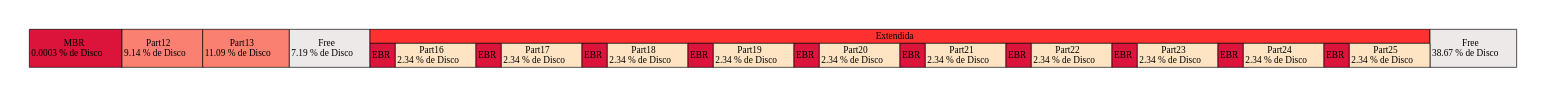
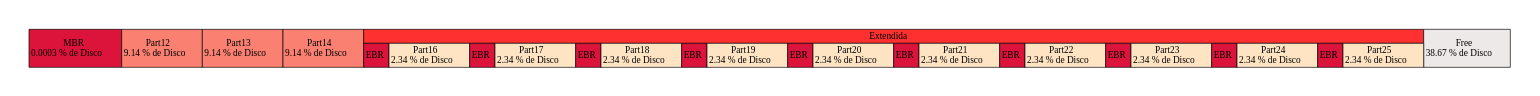
Before and after one commit to MacoChave/DiskParted: the diagram in disk_report.dot, drawn with Graphviz. The commit also changed 21 other files, not shown here.

```diff
--- a/disk_report.dot
+++ b/disk_report.dot
@@ -1,39 +1,39 @@
 digraph {
 	graph[pad="0.5", nodesep="0.5", ranksep="2"]
 	node [shape = plain]
 	rankdir = LR
 	DISK [label=<
 		<table border="0" cellborder="1" cellspacing="0">
 			<tr>
 				<td bgcolor="crimson" rowspan="2">MBR<br/>0.0003 % de Disco</td>
 				<td bgcolor="salmon" rowspan="2">Part12<br/>9.14 % de Disco</td>
-				<td bgcolor="salmon" rowspan="2">Part13<br/>11.09 % de Disco</td>
-				<td bgcolor="snow2" rowspan="2">Free<br/>7.19 % de Disco</td>
+				<td bgcolor="salmon" rowspan="2">Part13<br/>9.14 % de Disco</td>
+				<td bgcolor="salmon" rowspan="2">Part14<br/>9.14 % de Disco</td>
 				<td bgcolor="firebrick1" colspan="20">Extendida</td>
 				<td bgcolor="snow2" rowspan="2">Free<br/>38.67 % de Disco</td>
 			</tr>
 			<tr>
 				<td bgcolor="crimson">EBR</td>
 				<td bgcolor="bisque">Part16<br/>2.34 % de Disco</td>
 				<td bgcolor="crimson">EBR</td>
 				<td bgcolor="bisque">Part17<br/>2.34 % de Disco</td>
 				<td bgcolor="crimson">EBR</td>
 				<td bgcolor="bisque">Part18<br/>2.34 % de Disco</td>
 				<td bgcolor="crimson">EBR</td>
 				<td bgcolor="bisque">Part19<br/>2.34 % de Disco</td>
 				<td bgcolor="crimson">EBR</td>
 				<td bgcolor="bisque">Part20<br/>2.34 % de Disco</td>
 				<td bgcolor="crimson">EBR</td>
 				<td bgcolor="bisque">Part21<br/>2.34 % de Disco</td>
 				<td bgcolor="crimson">EBR</td>
 				<td bgcolor="bisque">Part22<br/>2.34 % de Disco</td>
 				<td bgcolor="crimson">EBR</td>
 				<td bgcolor="bisque">Part23<br/>2.34 % de Disco</td>
 				<td bgcolor="crimson">EBR</td>
 				<td bgcolor="bisque">Part24<br/>2.34 % de Disco</td>
 				<td bgcolor="crimson">EBR</td>
 				<td bgcolor="bisque">Part25<br/>2.34 % de Disco</td>
 			</tr>
 		</table>
 	>]
 }
```
